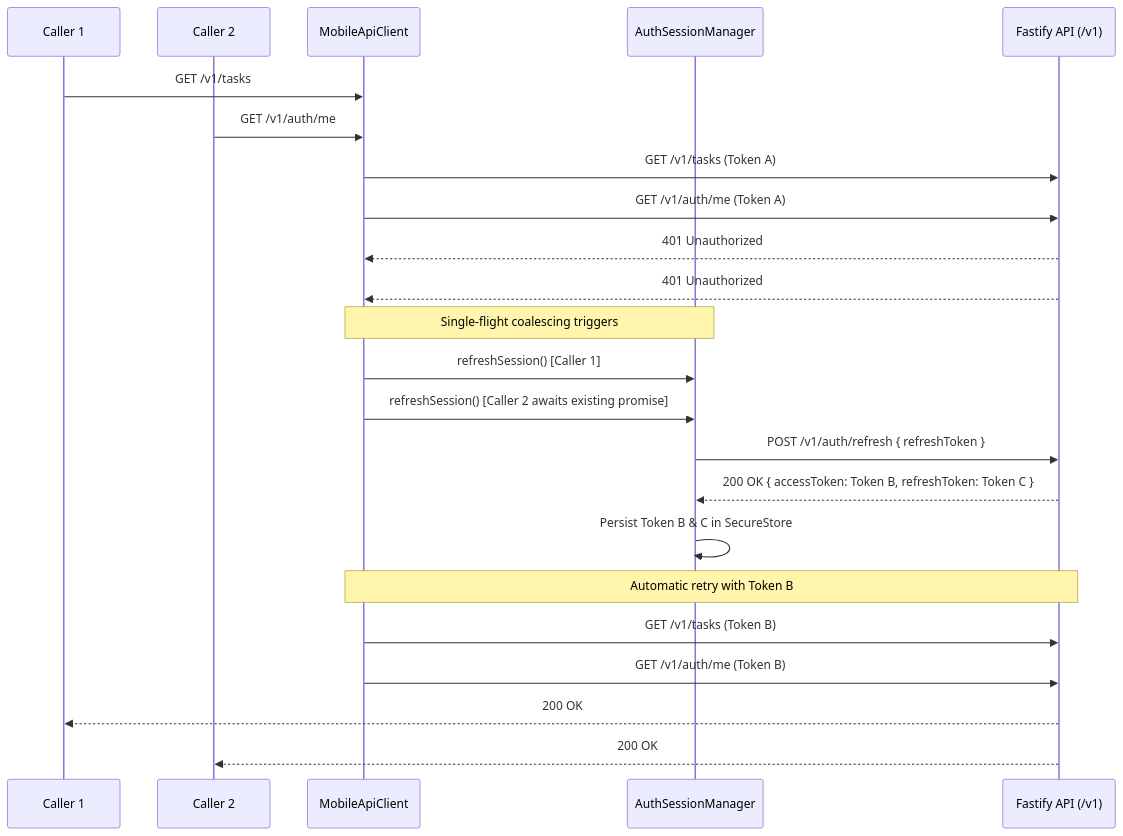
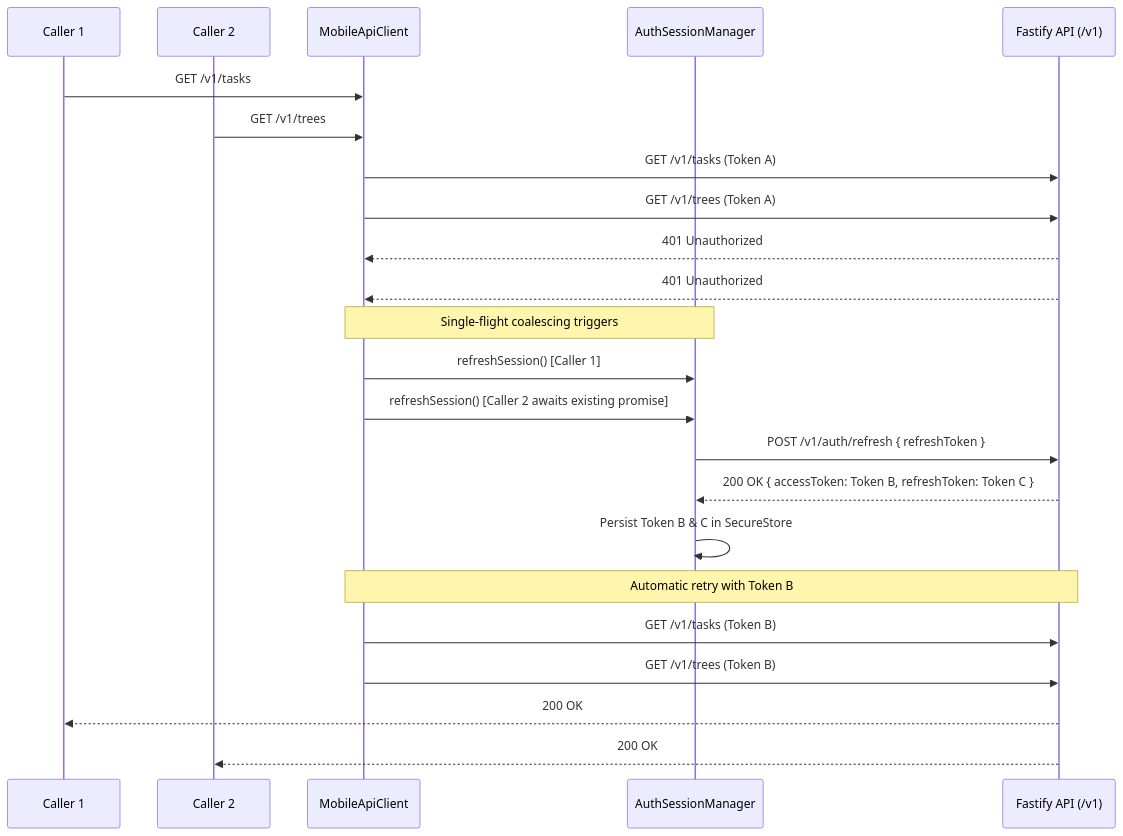
One commit to Peaker04/tree changed the second of 2 diagrams in docs/PHASE13-WAVE5B-REST-SYNC.md. Above: the diagram before and after it, drawn with Mermaid. The commit also changed other lines of this file and 15 other files, not shown here.

````diff
--- a/docs/PHASE13-WAVE5B-REST-SYNC.md
+++ b/docs/PHASE13-WAVE5B-REST-SYNC.md
@@ -89,28 +89,28 @@
 ```mermaid
 sequenceDiagram
     participant C1 as Caller 1
     participant C2 as Caller 2
     participant Client as MobileApiClient
     participant Mgr as AuthSessionManager
     participant API as Fastify API (/v1)
 
     C1->>Client: GET /v1/tasks
-    C2->>Client: GET /v1/auth/me
+    C2->>Client: GET /v1/trees
     Client->>API: GET /v1/tasks (Token A)
-    Client->>API: GET /v1/auth/me (Token A)
+    Client->>API: GET /v1/trees (Token A)
     API-->>Client: 401 Unauthorized
     API-->>Client: 401 Unauthorized
 
     Note over Client,Mgr: Single-flight coalescing triggers
     Client->>Mgr: refreshSession() [Caller 1]
     Client->>Mgr: refreshSession() [Caller 2 awaits existing promise]
     Mgr->>API: POST /v1/auth/refresh { refreshToken }
     API-->>Mgr: 200 OK { accessToken: Token B, refreshToken: Token C }
     Mgr->>Mgr: Persist Token B & C in SecureStore
 
     Note over Client,API: Automatic retry with Token B
     Client->>API: GET /v1/tasks (Token B)
-    Client->>API: GET /v1/auth/me (Token B)
+    Client->>API: GET /v1/trees (Token B)
     API-->>C1: 200 OK
     API-->>C2: 200 OK
 ```
````
